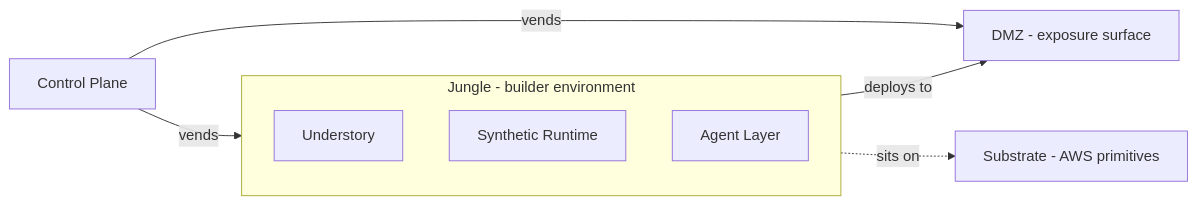
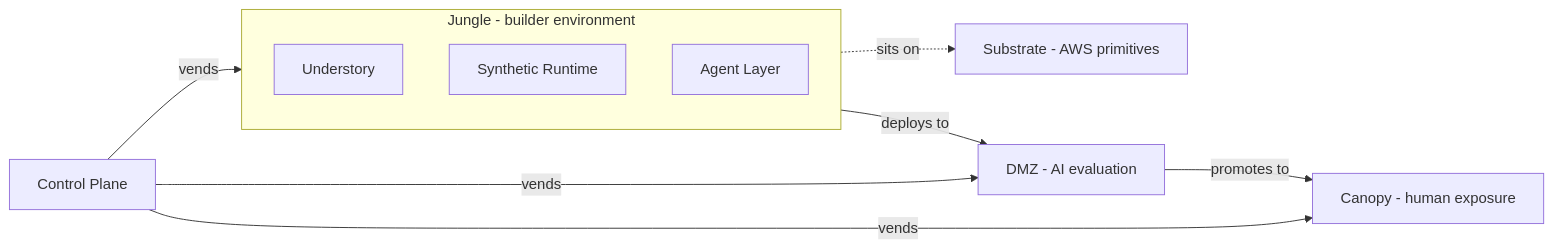
One commit to Flying-Pig-Labs/jungl3 changed the diagram in docs/architecture/system-context.md. Above: the diagram before and after it, drawn with Mermaid. The commit also changed other lines of this file and 18 other files, not shown here.

````diff
--- a/docs/architecture/system-context.md
+++ b/docs/architecture/system-context.md
@@ -9,18 +9,21 @@
 ```mermaid
 flowchart LR
   CP[Control Plane]
 
   subgraph J[Jungle - builder environment]
     APP[Understory]
     SR[Synthetic Runtime]
     AG[Agent Layer]
   end
 
   SUB[Substrate - AWS primitives]
-  DMZ[DMZ - exposure surface]
+  DMZ[DMZ - AI evaluation]
+  CAN[Canopy - human exposure]
 
   CP -->|vends| J
   CP -->|vends| DMZ
+  CP -->|vends| CAN
   J -.->|sits on| SUB
   J -->|deploys to| DMZ
+  DMZ -->|promotes to| CAN
 ```
````
